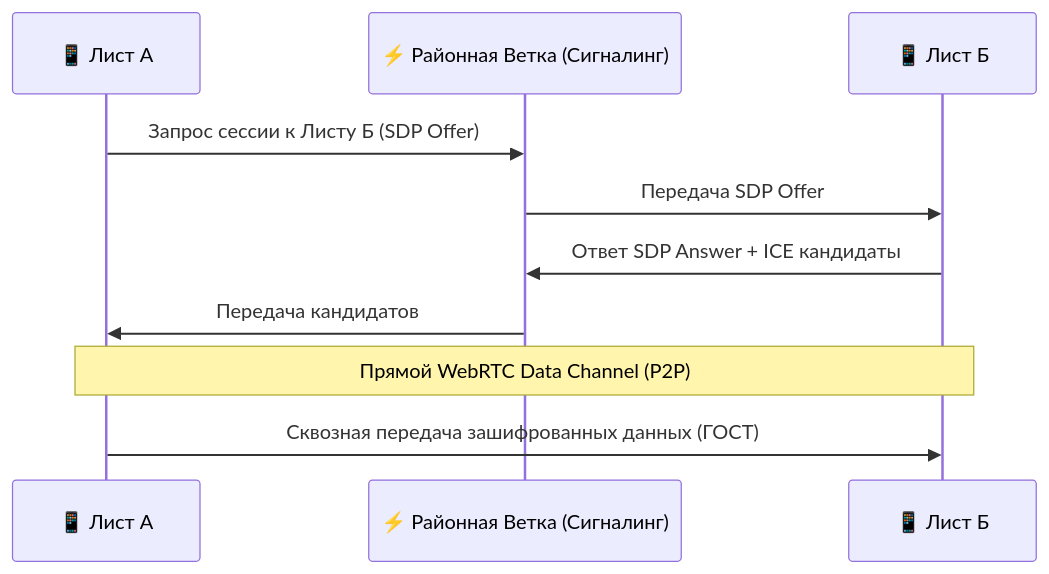
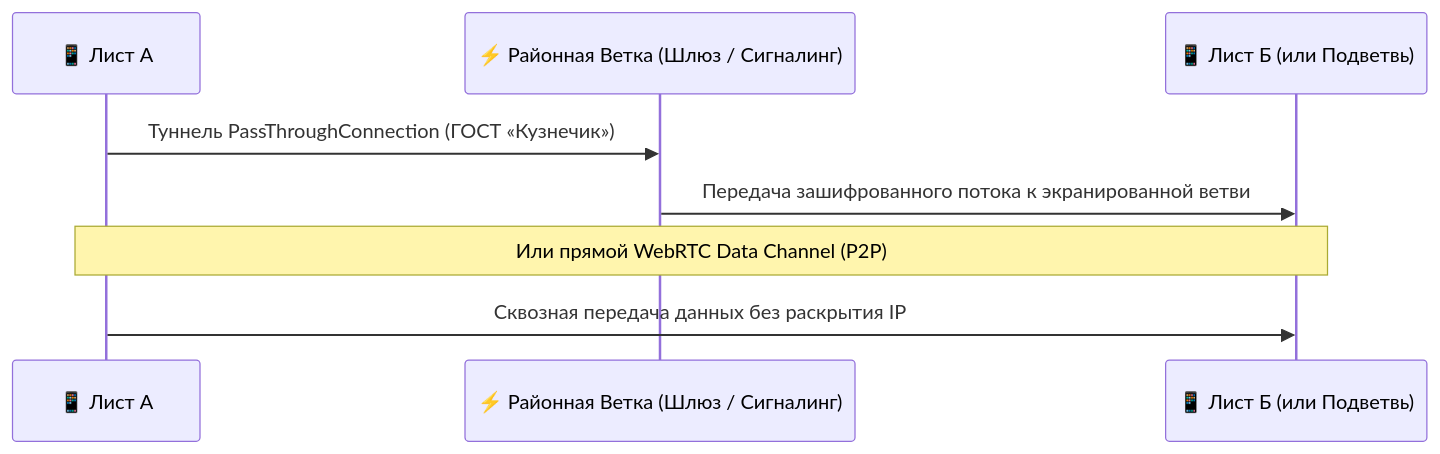
The fourth of 4 diagrams in shared_docs/whitepapers/03_engineering_architecture_whitepaper.md (Data-Independence-Network/presentations), drawn with Mermaid before and after one commit. The commit also changed other lines of this file and 9 other files, not shown here.

````diff
--- a/shared_docs/whitepapers/03_engineering_architecture_whitepaper.md
+++ b/shared_docs/whitepapers/03_engineering_architecture_whitepaper.md
@@ -154,13 +159,11 @@
 ```mermaid
 sequenceDiagram
     participant A as 📱 Лист А
-    participant S as ⚡ Районная Ветка (Сигналинг)
-    participant B as 📱 Лист Б
+    participant S as ⚡ Районная Ветка (Шлюз / Сигналинг)
+    participant B as 📱 Лист Б (или Подветвь)
 
-    A->>S: Запрос сессии к Листу Б (SDP Offer)
-    S->>B: Передача SDP Offer
-    B->>S: Ответ SDP Answer + ICE кандидаты
-    S->>A: Передача кандидатов
-    Note over A,B: Прямой WebRTC Data Channel (P2P)
-    A->>B: Сквозная передача зашифрованных данных (ГОСТ)
+    A->>S: Туннель PassThroughConnection (ГОСТ «Кузнечик»)
+    S->>B: Передача зашифрованного потока к экранированной ветви
+    Note over A,B: Или прямой WebRTC Data Channel (P2P)
+    A->>B: Сквозная передача данных без раскрытия IP
 ```
````
